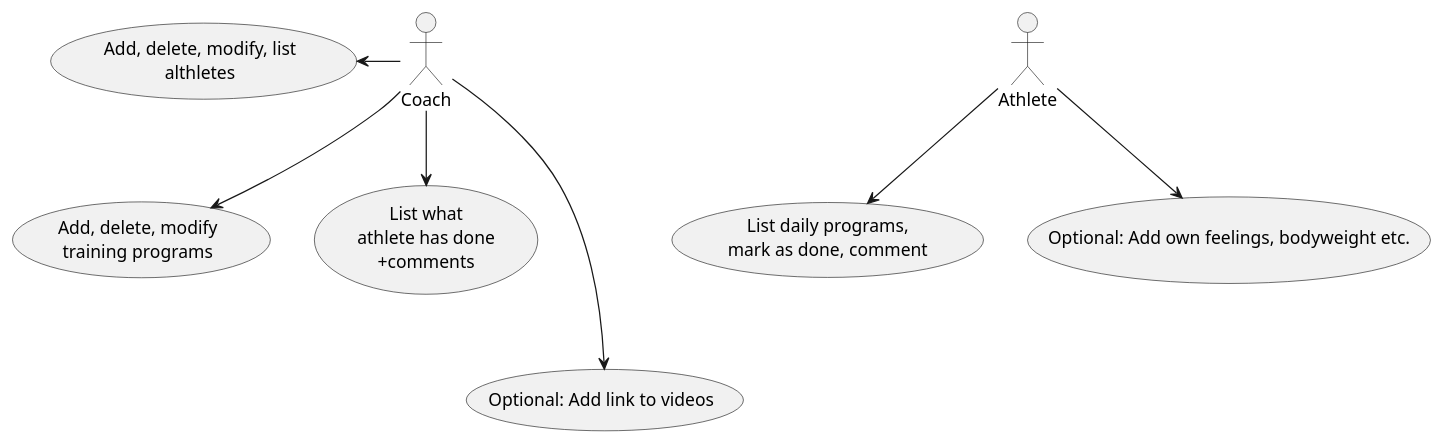
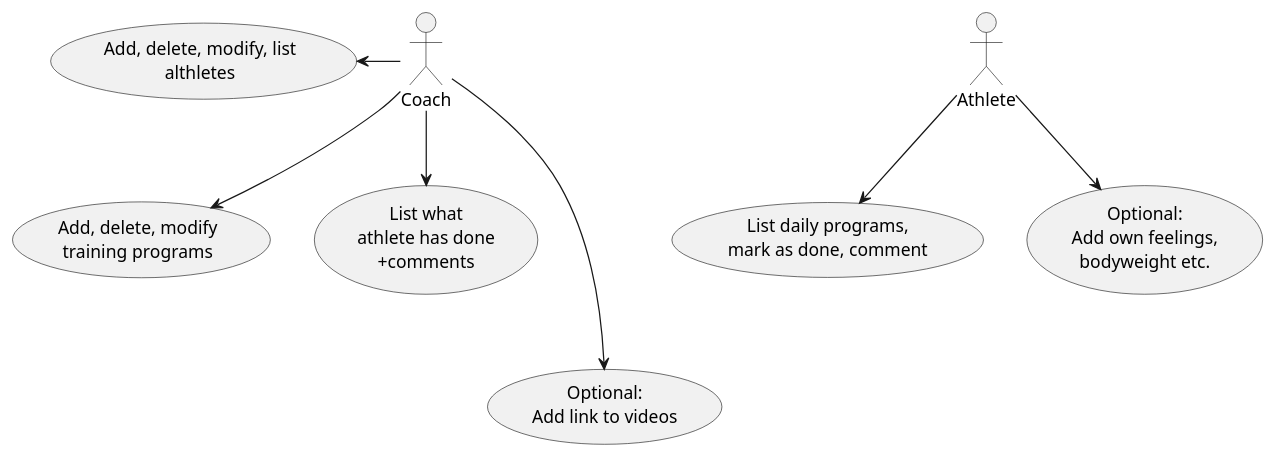
The diagram in Specs/Specs.md (SaLuX8/UI-programming), drawn with PlantUML before and after one commit.

````diff
--- a/Specs/Specs.md
+++ b/Specs/Specs.md
@@ -30,20 +30,20 @@
 ```plantuml
 
 actor Coach 
 actor Athlete
 usecase (Add, delete, modify\ntraining programs) as UC1
 usecase (List daily programs,\nmark as done, comment) as UC2
 usecase (List what\nathlete has done\n+comments) as UC3
 usecase (Add, delete, modify, list\nalthletes) as UC4
-usecase (Optional: Add link to videos) as UC5
-usecase (Optional: Add own feelings, bodyweight etc.) as UC6
+usecase (Optional:\nAdd link to videos) as UC5
+usecase (Optional:\nAdd own feelings,\nbodyweight etc.) as UC6
 
 Coach -left-> UC4
 Coach -down-> UC1
 Coach -down-> UC3
 Coach -down--> UC5
 
 Athlete -down-> UC2
 Athlete -down-> UC6
 
 ```
````
